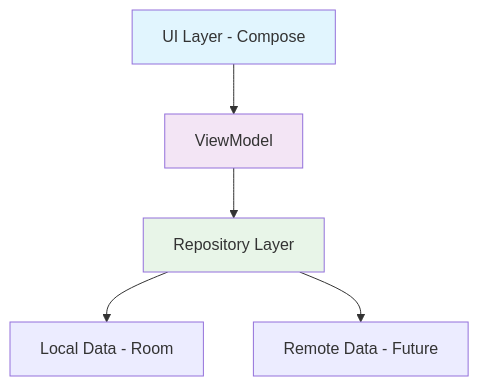
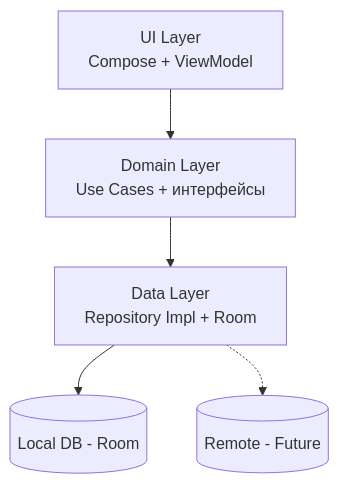
Before and after one commit to MaxGog/pagebook-android: the diagram in README.md, drawn with Mermaid. The commit also changed other lines of this file and 40 other files, not shown here.

First line of the commit message:
refactor: миграция на Clean Architecture

````diff
--- a/README.md
+++ b/README.md
@@ -49,11 +52,7 @@
 ```mermaid
 graph TD
-    A[UI Layer - Compose] --> B[ViewModel]
-    B --> C[Repository Layer]
-    C --> D[Local Data - Room]
-    C --> E[Remote Data - Future]
-
-    style A fill:#e1f5fe
-    style B fill:#f3e5f5
-    style C fill:#e8f5e8
+   A[UI Layer<br/>Compose + ViewModel] --> B[Domain Layer<br/>Use Cases + интерфейсы]
+   B --> C[Data Layer<br/>Repository Impl + Room]
+   C --> D[(Local DB - Room)]
+   C -.-> E[(Remote - Future)]
 ```
````
